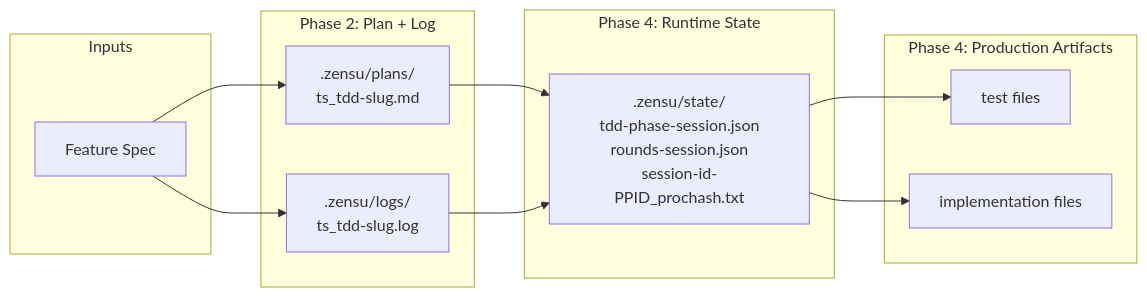
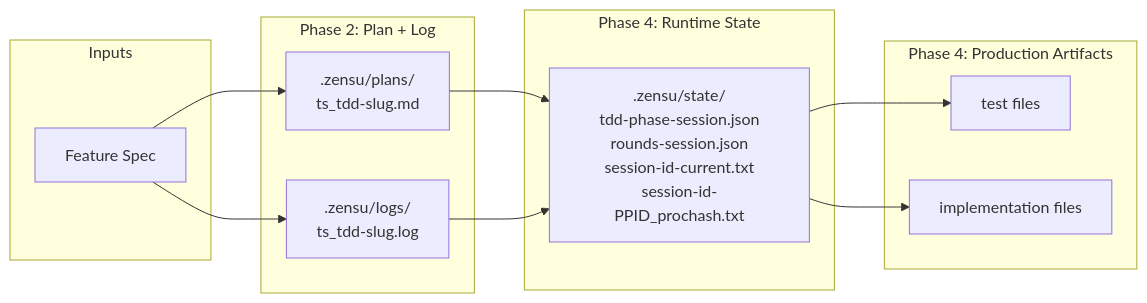
The third of 4 diagrams in plugins/zensu/docs/tdd-manager-workflow.md (MKITConsulting/zensu-codex), drawn with Mermaid before and after one commit. The commit also changed other lines of this file and 5 other files, not shown here.

First line of the commit message:
fix(session): rank current-session pointer above transcript helper, anchor on git toplevel

````diff
--- a/plugins/zensu/docs/tdd-manager-workflow.md
+++ b/plugins/zensu/docs/tdd-manager-workflow.md
@@ -191,23 +191,23 @@
 ```mermaid
 flowchart LR
     subgraph Inputs
       Spec[Feature Spec]
     end
     subgraph Plan_Phase[Phase 2: Plan + Log]
       Plan[.zensu/plans/<br/>ts_tdd-slug.md]
       Log[.zensu/logs/<br/>ts_tdd-slug.log]
     end
     subgraph Runtime_State[Phase 4: Runtime State]
-      State[.zensu/state/<br/>tdd-phase-session.json<br/>rounds-session.json<br/>session-id-PPID_prochash.txt]
+      State[.zensu/state/<br/>tdd-phase-session.json<br/>rounds-session.json<br/>session-id-current.txt<br/>session-id-PPID_prochash.txt]
     end
     subgraph Production[Phase 4: Production Artifacts]
       Tests[test files]
       Code[implementation files]
     end
     Spec --> Plan
     Spec --> Log
     Plan --> State
     Log --> State
     State --> Tests
     State --> Code
 ```
````
